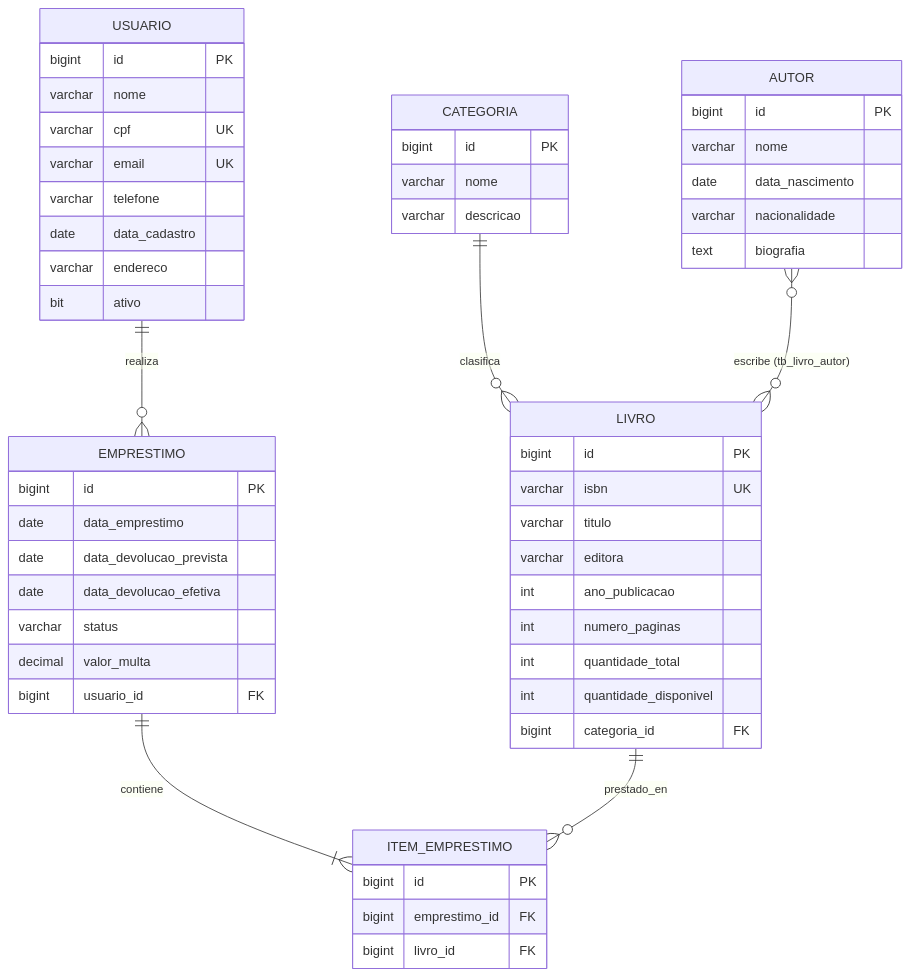
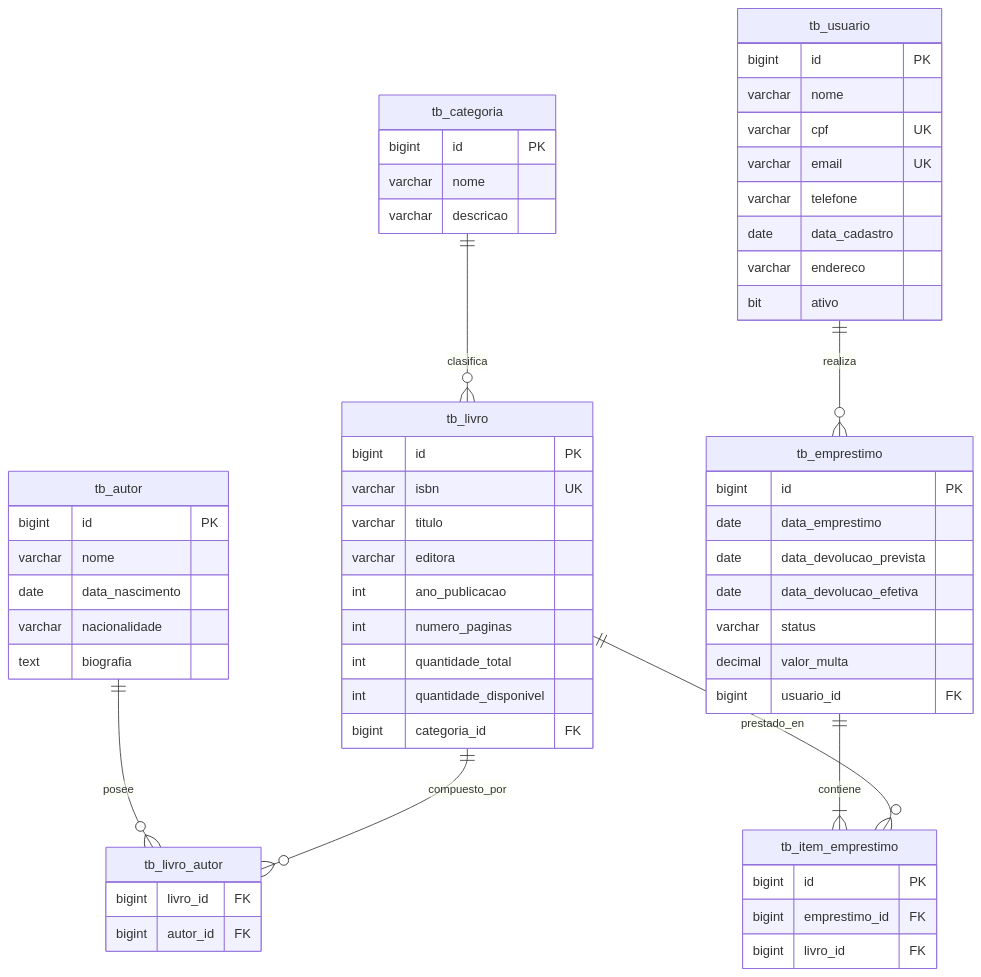
One commit to DavidParragaMendoza/SistemadeBiblioteca changed the diagram in README.md. Above: the diagram before and after it, drawn with Mermaid. The commit also changed other lines of this file, not shown here.

Commit message:
Actualizacion del Readme.md, Inclusion del diagrama Entidad-Relación

````diff
--- a/README.md
+++ b/README.md
@@ -188,56 +188,61 @@
 ```mermaid
 erDiagram
-    CATEGORIA ||--o{ LIVRO : "clasifica"
-    AUTOR }o--o{ LIVRO : "escribe (tb_livro_autor)"
-    USUARIO ||--o{ EMPRESTIMO : "realiza"
-    EMPRESTIMO ||--|{ ITEM_EMPRESTIMO : "contiene"
-    LIVRO ||--o{ ITEM_EMPRESTIMO : "prestado_en"
+    tb_categoria ||--o{ tb_livro : "clasifica"
+    tb_autor ||--o{ tb_livro_autor : "posee"
+    tb_livro ||--o{ tb_livro_autor : "compuesto_por"
+    tb_usuario ||--o{ tb_emprestimo : "realiza"
+    tb_emprestimo ||--|{ tb_item_emprestimo : "contiene"
+    tb_livro ||--o{ tb_item_emprestimo : "prestado_en"
 
-    CATEGORIA {
+    tb_categoria {
         bigint id PK
         varchar nome
         varchar descricao
     }
-    AUTOR {
+    tb_autor {
         bigint id PK
         varchar nome
         date data_nascimento
         varchar nacionalidade
         text biografia
     }
-    LIVRO {
+    tb_livro {
         bigint id PK
         varchar isbn UK
         varchar titulo
         varchar editora
         int ano_publicacao
         int numero_paginas
         int quantidade_total
         int quantidade_disponivel
         bigint categoria_id FK
     }
-    USUARIO {
+    tb_livro_autor {
+        bigint livro_id FK
+        bigint autor_id FK
+    }
+    tb_usuario {
         bigint id PK
         varchar nome
         varchar cpf UK
         varchar email UK
         varchar telefone
         date data_cadastro
         varchar endereco
         bit ativo
     }
-    EMPRESTIMO {
+    tb_emprestimo {
         bigint id PK
         date data_emprestimo
         date data_devolucao_prevista
         date data_devolucao_efetiva
         varchar status
         decimal valor_multa
         bigint usuario_id FK
     }
-    ITEM_EMPRESTIMO {
+    tb_item_emprestimo {
         bigint id PK
         bigint emprestimo_id FK
         bigint livro_id FK
     }
 ```
````
